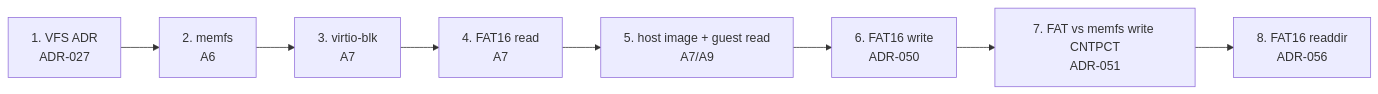
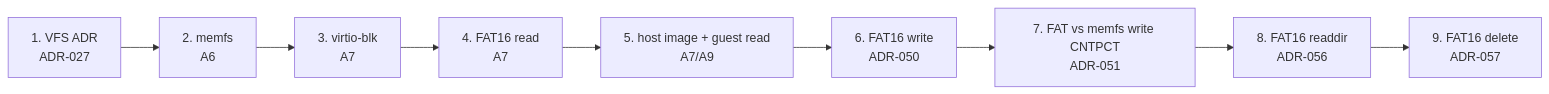
One commit to artofdream/ctos changed the second of 2 diagrams in docs/overview/filesystem.md. Above: the diagram before and after it, drawn with Mermaid. The commit also changed other lines of this file and 14 other files, not shown here.

First line of the commit message:
feat: FAT16 root delete behind thin VFS (ADR-057)

````diff
--- a/docs/overview/filesystem.md
+++ b/docs/overview/filesystem.md
@@ -39,10 +40,11 @@
 ```mermaid
 flowchart LR
   V["1. VFS ADR<br/>ADR-027"] --> M["2. memfs<br/>A6"]
   M --> B["3. virtio-blk<br/>A7"]
   B --> F["4. FAT16 read<br/>A7"]
   F --> H["5. host image + guest read<br/>A7/A9"]
   H --> W["6. FAT16 write<br/>ADR-050"]
   W --> P["7. FAT vs memfs write CNTPCT<br/>ADR-051"]
   P --> R["8. FAT16 readdir<br/>ADR-056"]
+  R --> D["9. FAT16 delete<br/>ADR-057"]
 ```
````
